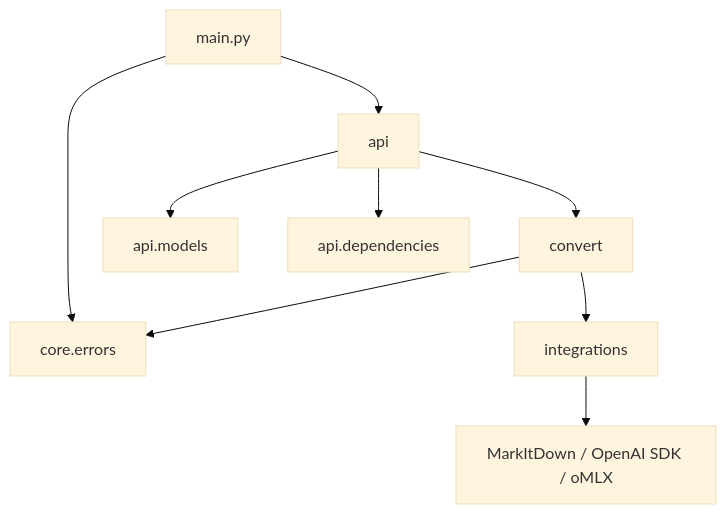
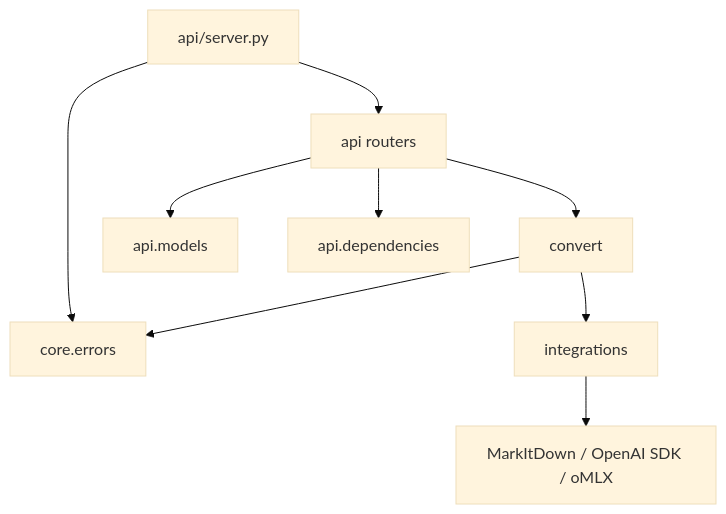
One commit to Jianshi-Lu/to-markdown changed the first of 2 diagrams in docs/code-reference.md. Above: the diagram before and after it, drawn with Mermaid (base theme). The commit also changed other lines of this file and 28 other files, not shown here.

````diff
--- a/docs/code-reference.md
+++ b/docs/code-reference.md
@@ -44,11 +42,11 @@
 ```mermaid
 flowchart TB
-    Main[main.py] --> API[api]
-    Main --> Core[core.errors]
+    Server[api/server.py] --> API[api routers]
+    Server --> Core[core.errors]
     API --> Convert[convert]
     API --> Models[api.models]
     API --> Dependencies[api.dependencies]
     Convert --> Integrations[integrations]
     Convert --> Core
     Integrations --> Vendors[MarkItDown / OpenAI SDK / oMLX]
 ```
````
